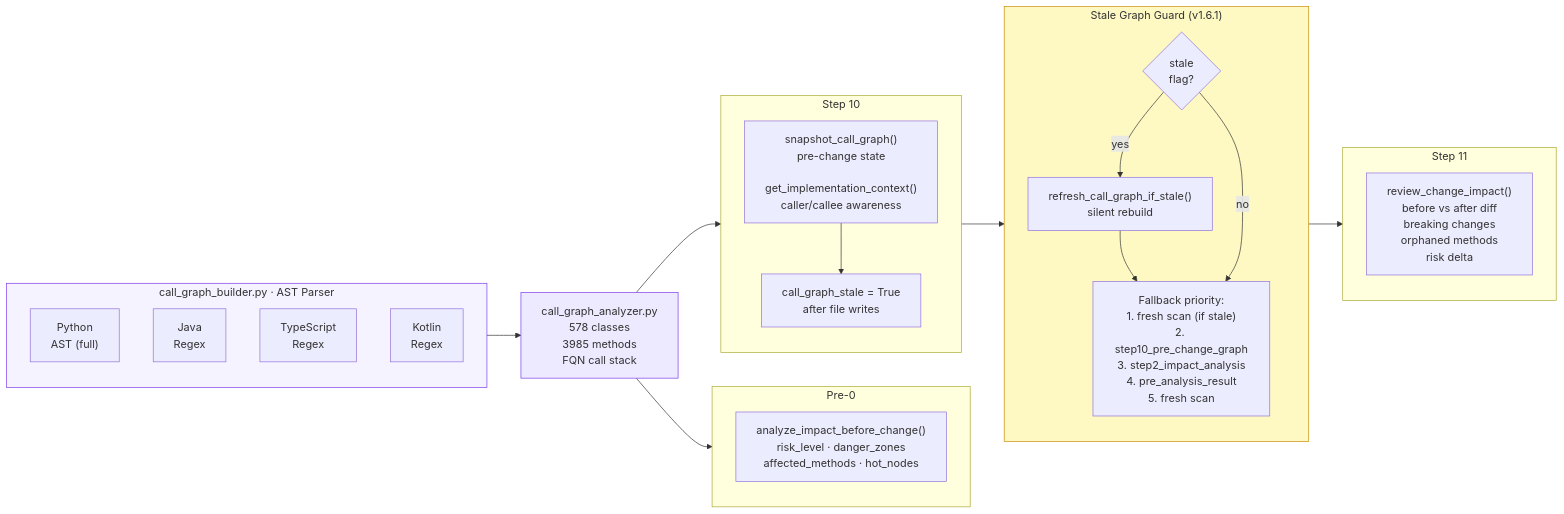
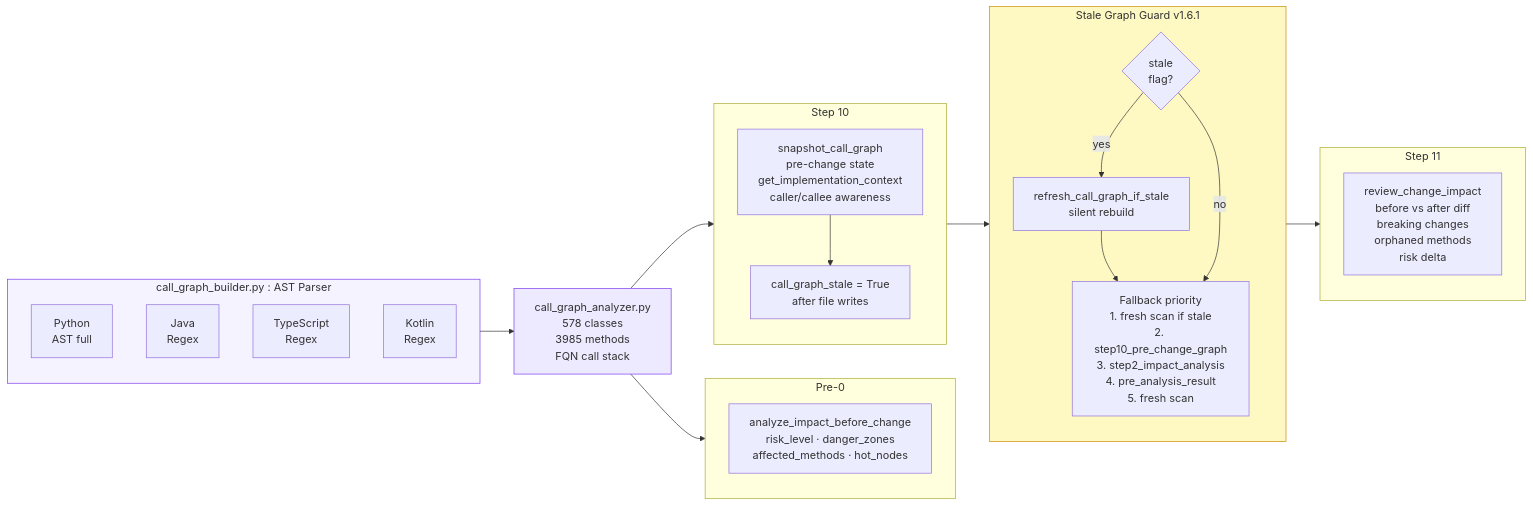
Before and after one commit to techdeveloper-org/claude-workflow-engine: the sixth of 10 diagrams in docs/PIPELINE_ARCHITECTURE.md, drawn with Mermaid. The commit also changed other lines of this file and 1 other file, not shown here.

First line of the commit message:
fix(diagrams): remove invisible text causes from all Mermaid diagrams

````diff
--- a/docs/PIPELINE_ARCHITECTURE.md
+++ b/docs/PIPELINE_ARCHITECTURE.md
@@ -196,45 +196,45 @@
 ```mermaid
 flowchart LR
-    subgraph CGB["call_graph_builder.py · AST Parser"]
+    subgraph CGB["call_graph_builder.py : AST Parser"]
         direction TB
-        PY["Python\nAST (full)"]
+        PY["Python\nAST full"]
         JV["Java\nRegex"]
         TS["TypeScript\nRegex"]
         KT["Kotlin\nRegex"]
     end
 
     CGA["call_graph_analyzer.py\n578 classes\n3985 methods\nFQN call stack"]
 
     subgraph P0B["Pre-0"]
-        IP["analyze_impact_before_change()\nrisk_level · danger_zones\naffected_methods · hot_nodes"]
+        IP["analyze_impact_before_change\nrisk_level · danger_zones\naffected_methods · hot_nodes"]
     end
 
     subgraph S10B["Step 10"]
-        SN["snapshot_call_graph()\npre-change state\n\nget_implementation_context()\ncaller/callee awareness"]
+        SN["snapshot_call_graph\npre-change state\nget_implementation_context\ncaller/callee awareness"]
         SF["call_graph_stale = True\nafter file writes"]
         SN --> SF
     end
 
     subgraph S11B["Step 11"]
-        RC["review_change_impact()\nbefore vs after diff\nbreaking changes\norphaned methods\nrisk delta"]
+        RC["review_change_impact\nbefore vs after diff\nbreaking changes\norphaned methods\nrisk delta"]
     end
 
-    subgraph GUARD["Stale Graph Guard (v1.6.1)"]
+    subgraph GUARD["Stale Graph Guard v1.6.1"]
         direction TB
         GC{stale\nflag?}
-        RB["refresh_call_graph_if_stale()\nsilent rebuild"]
-        FB["Fallback priority:\n1. fresh scan (if stale)\n2. step10_pre_change_graph\n3. step2_impact_analysis\n4. pre_analysis_result\n5. fresh scan"]
+        RB["refresh_call_graph_if_stale\nsilent rebuild"]
+        FB["Fallback priority\n1. fresh scan if stale\n2. step10_pre_change_graph\n3. step2_impact_analysis\n4. pre_analysis_result\n5. fresh scan"]
         GC -- yes --> RB --> FB
         GC -- no  --> FB
     end
 
     CGB --> CGA
     CGA --> P0B
     CGA --> S10B
     S10B --> GUARD
     GUARD --> S11B
 
     style CGB   fill:#f5f3ff,stroke:#7c3aed
     style CGA   fill:#ede9fe,stroke:#7c3aed
     style GUARD fill:#fef9c3,stroke:#ca8a04
 ```
````
